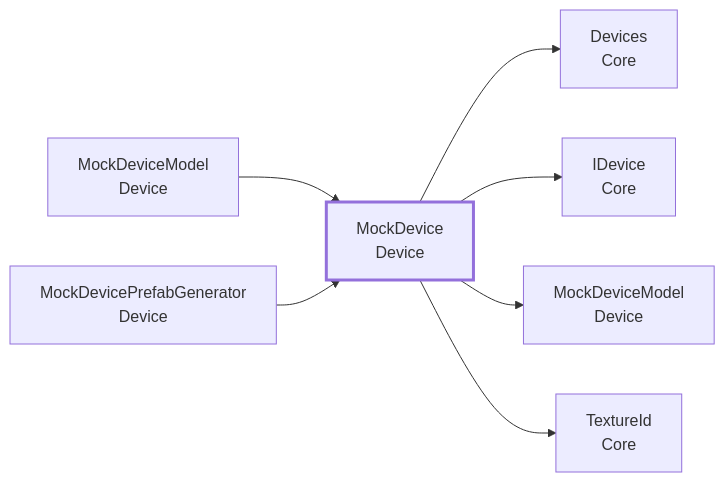
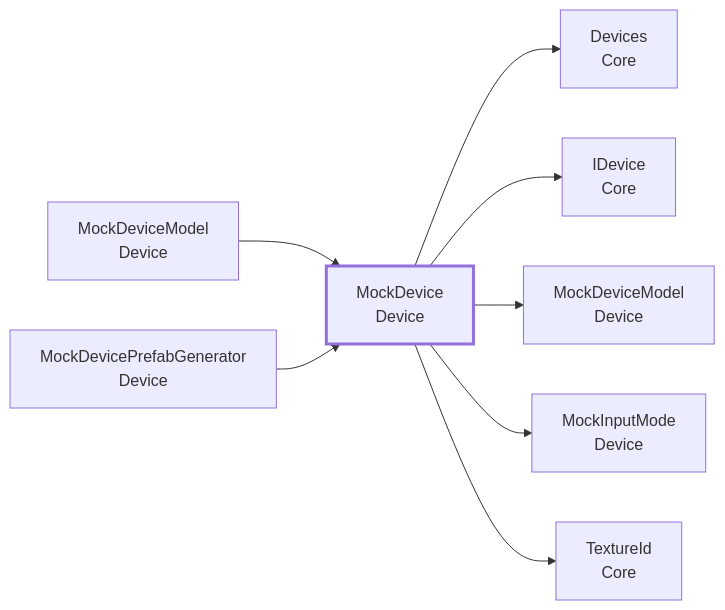
One commit to Fialuxe/MouthOfGod_System changed the first of 3 diagrams in docs/api/Device.md. Above: the diagram before and after it, drawn with Mermaid. The commit also changed other lines of this file and 28 other files, not shown here.

````diff
--- a/docs/api/Device.md
+++ b/docs/api/Device.md
@@ -41,11 +42,12 @@
 ```mermaid
 flowchart LR
   C_MockDevice["MockDevice<br/>Device"]:::me
   U_MockDeviceModel["MockDeviceModel<br/>Device"] --> C_MockDevice
   U_MockDevicePrefabGenerator["MockDevicePrefabGenerator<br/>Device"] --> C_MockDevice
   C_MockDevice --> D_Devices["Devices<br/>Core"]
   C_MockDevice --> D_IDevice["IDevice<br/>Core"]
   C_MockDevice --> D_MockDeviceModel["MockDeviceModel<br/>Device"]
+  C_MockDevice --> D_MockInputMode["MockInputMode<br/>Device"]
   C_MockDevice --> D_TextureId["TextureId<br/>Core"]
   classDef me stroke-width:3px
 ```
````
